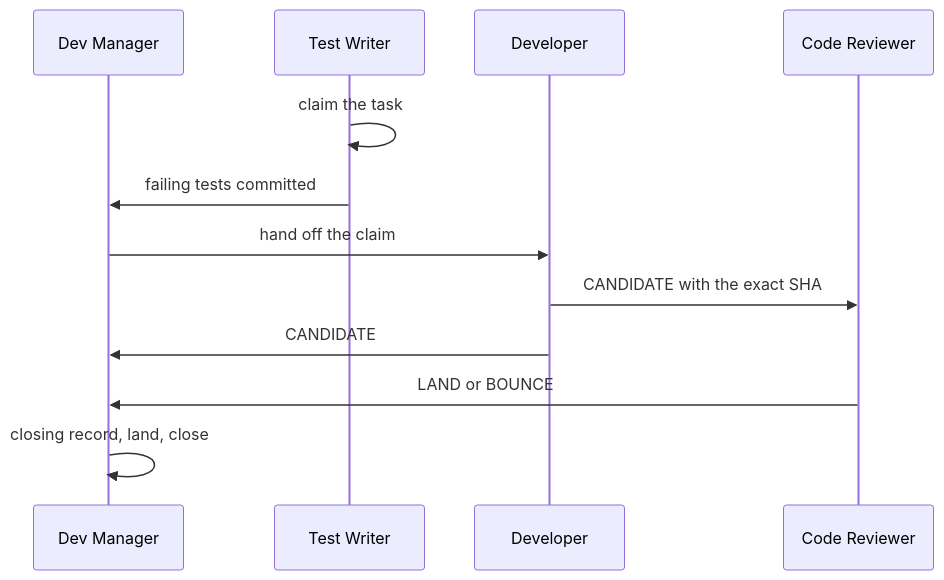
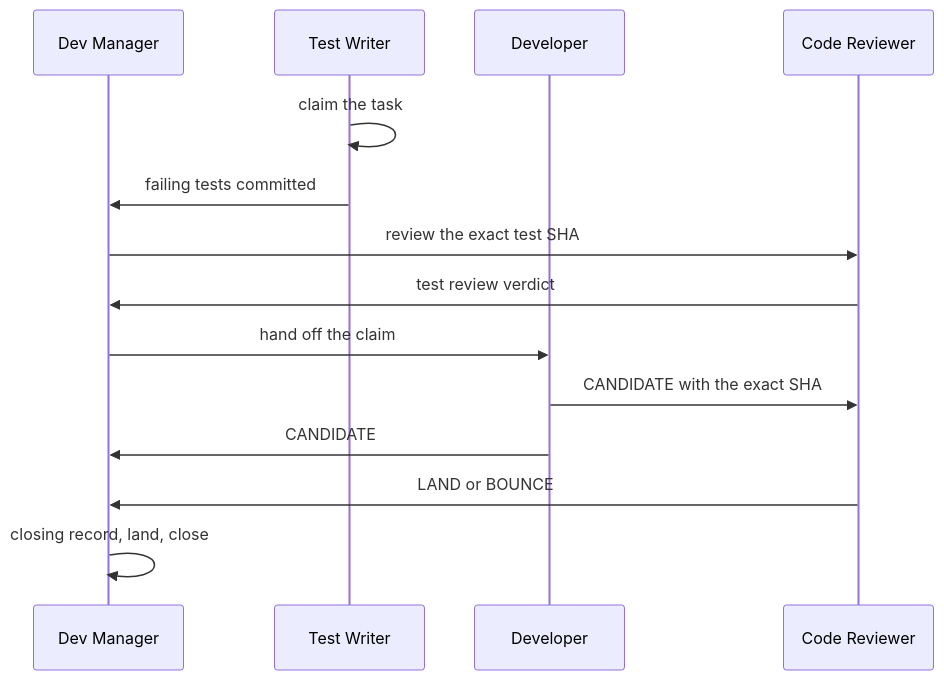
Before and after one commit to GobbyAI/gobby: the second of 2 diagrams in docs/guides/runbooks.md, drawn with Mermaid. The commit also changed other lines of this file and 20 other files, not shown here.

````diff
--- a/docs/guides/runbooks.md
+++ b/docs/guides/runbooks.md
@@ -85,14 +85,16 @@
 ```mermaid
 sequenceDiagram
   participant DM as Dev Manager
   participant TW as Test Writer
   participant Dev as Developer
   participant CR as Code Reviewer
   TW->>TW: claim the task
   TW->>DM: failing tests committed
+  DM->>CR: review the exact test SHA
+  CR->>DM: test review verdict
   DM->>Dev: hand off the claim
   Dev->>CR: CANDIDATE with the exact SHA
   Dev->>DM: CANDIDATE
   CR->>DM: LAND or BOUNCE
   DM->>DM: closing record, land, close
 ```
````
